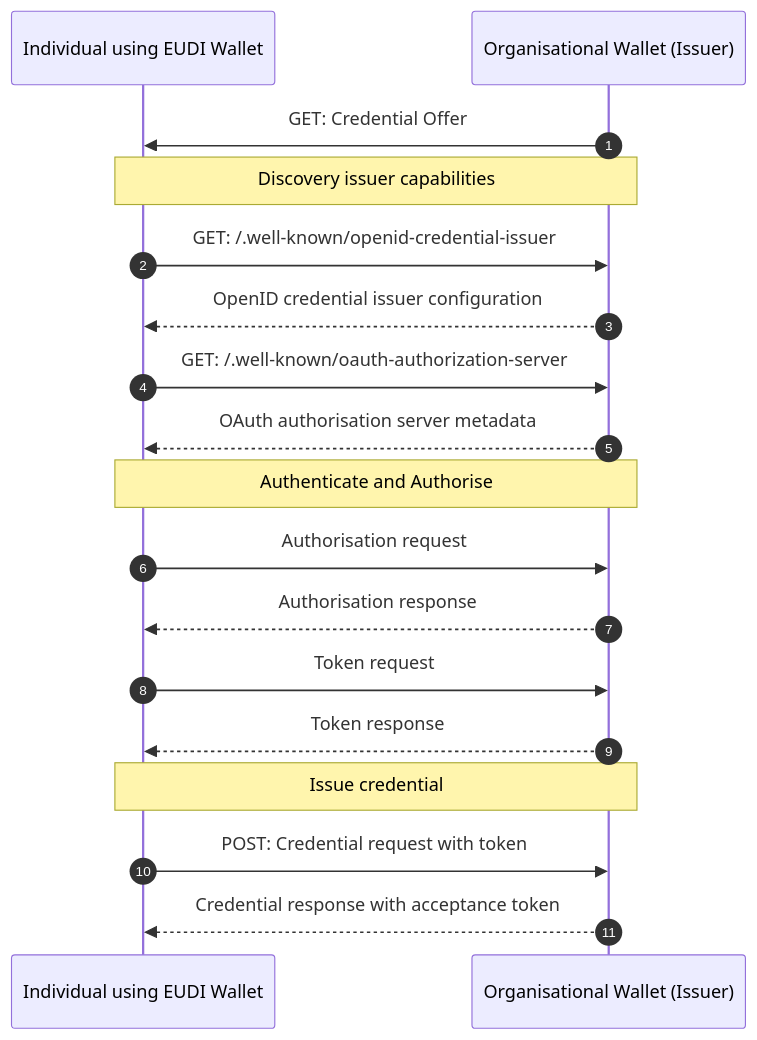
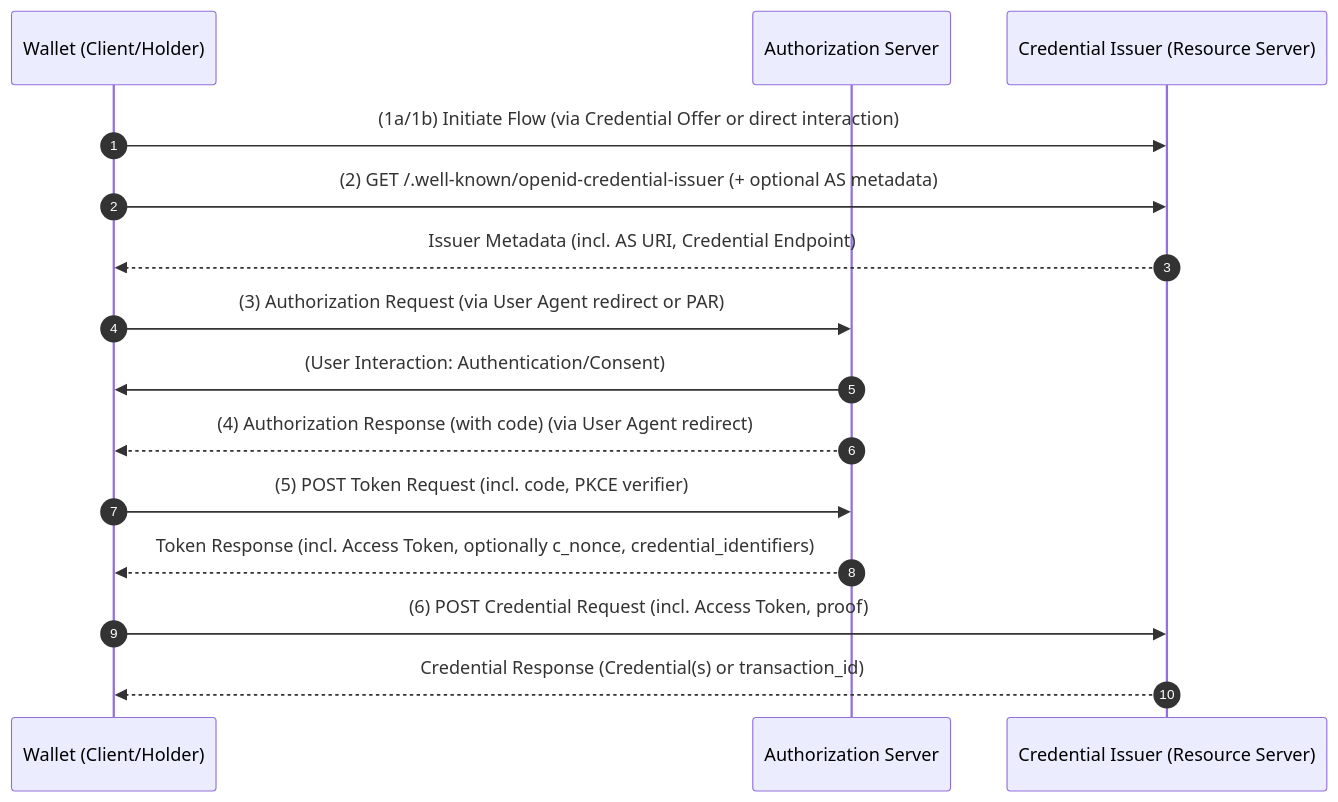
Before and after one commit to EWC-consortium/eudi-wallet-rfcs: the first of 2 diagrams in ewc-rfc001-issue-verifiable-credential.md, drawn with Mermaid. The commit also changed other lines of this file, not shown here.

````diff
--- a/ewc-rfc001-issue-verifiable-credential.md
+++ b/ewc-rfc001-issue-verifiable-credential.md
@@ -67,23 +132,21 @@
 ```mermaid
 sequenceDiagram
   autonumber
-  participant I as Individual using EUDI Wallet
-  participant O as Organisational Wallet (Issuer)
-  
-  O->>I: GET: Credential Offer
-  Note over I,O: Discovery issuer capabilities
-  I->>O: GET: /.well-known/openid-credential-issuer
-  O-->>I: OpenID credential issuer configuration
-  I->>O: GET: /.well-known/oauth-authorization-server
-  O-->>I: OAuth authorisation server metadata
+  participant W as Wallet (Client/Holder)
+  participant AS as Authorization Server
+  participant CI as Credential Issuer (Resource Server)
 
-  Note over I,O: Authenticate and Authorise
-  I->>O: Authorisation request
-  O-->>I: Authorisation response
-  I->>O: Token request
-  O-->>I: Token response
+  W->>CI: (1a/1b) Initiate Flow (via Credential Offer or direct interaction)
+  W->>CI: (2) GET /.well-known/openid-credential-issuer (+ optional AS metadata)
+  CI-->>W: Issuer Metadata (incl. AS URI, Credential Endpoint)
 
-  Note over I,O: Issue credential
-  I->>O: POST: Credential request with token
-  O-->>I: Credential response with acceptance token
+  W->>AS: (3) Authorization Request (via User Agent redirect or PAR)
+  AS->>W: (User Interaction: Authentication/Consent)
+  AS-->>W: (4) Authorization Response (with code) (via User Agent redirect)
+
+  W->>AS: (5) POST Token Request (incl. code, PKCE verifier)
+  AS-->>W: Token Response (incl. Access Token, optionally c_nonce, credential_identifiers)
+
+  W->>CI: (6) POST Credential Request (incl. Access Token, proof)
+  CI-->>W: Credential Response (Credential(s) or transaction_id)
 ```
````
